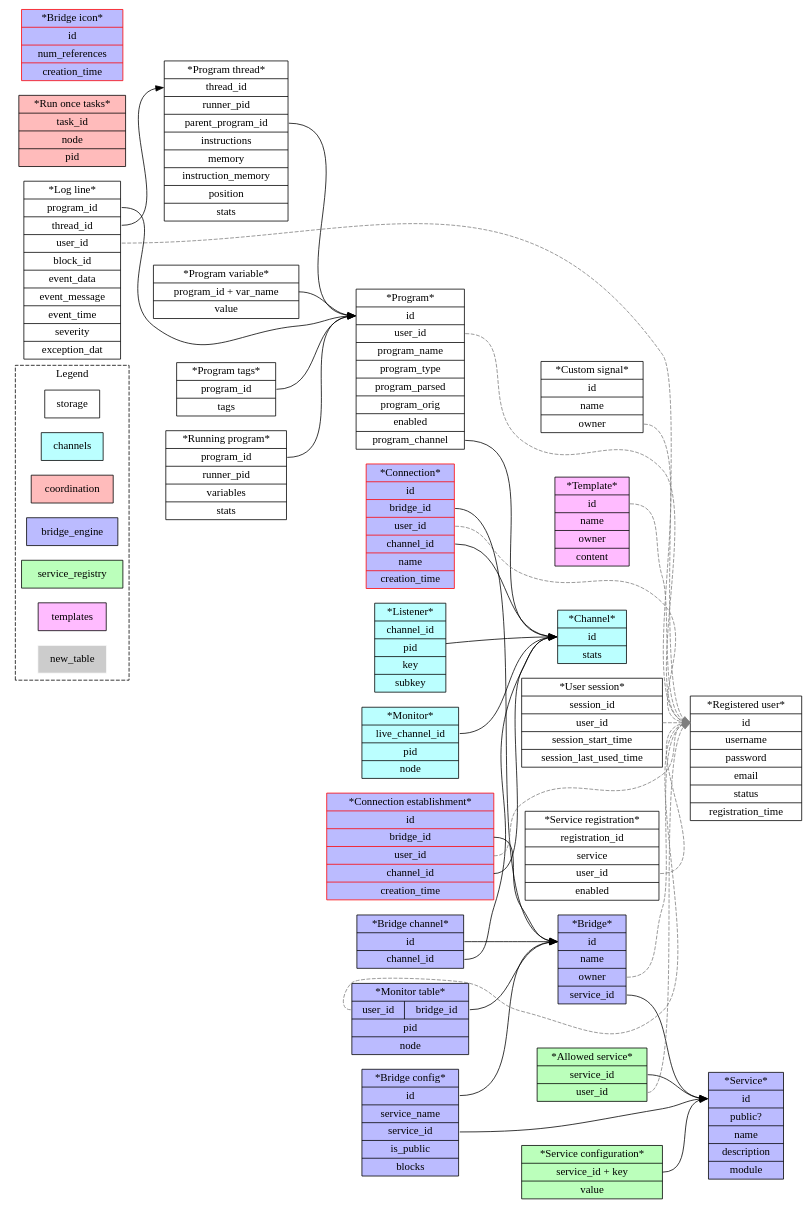
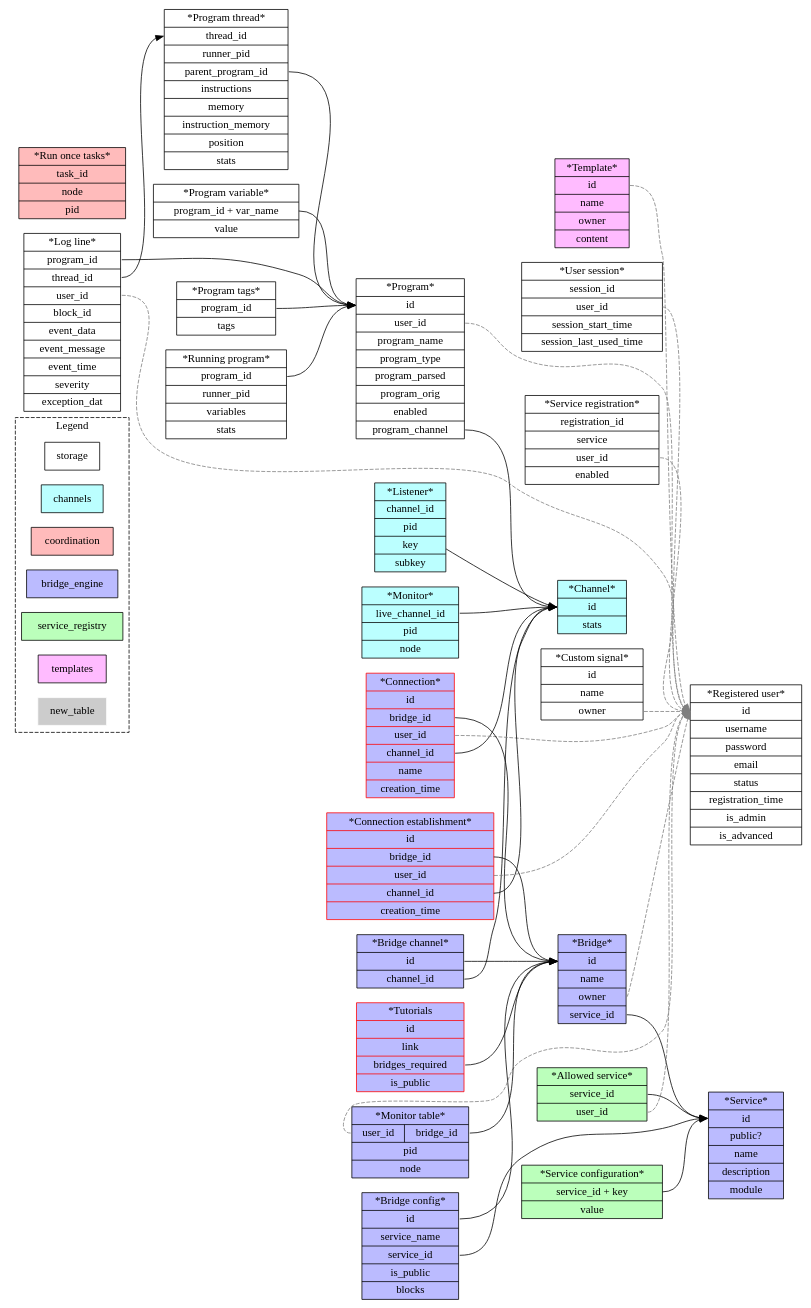
Before and after one commit to programaker-project/Programaker-Core: the diagram in docs/diagrams/db-model.gv, drawn with Graphviz.

Commit message:
Draft DB changes to support tutorials.

```diff
--- a/docs/diagrams/db-model.gv
+++ b/docs/diagrams/db-model.gv
@@ -1,166 +1,168 @@
 digraph g {
   rankdir=LR
   node[shape=record];
   style=dashed;
 
   subgraph cluster_legend {
     label="Legend"
 
     storage;
     channels[style=filled,fillcolor="#bbffff"];
     coordination[style=filled,fillcolor="#ffbbbb"]
     bridge_engine[style=filled,fillcolor="#bbbbff"];
     service_registry[style=filled,fillcolor="#bbffbb"]
     templates[style=filled,fillcolor="#ffbbff"]
 
     new_table[style=filled,fillcolor="#cccccc",color=white]
     // modified_table[shape=octagon] // Not used
   }
 
 
   subgraph group_core_channels {
     label="Channels";
     node[style=filled,fillcolor="#bbffff"];
 
 
     // LIVE_CHANNELS_TABLE | automate_channel_engine_live_channels_table
     live_channels_table_entry[label="*Channel* | <pk> id | stats"];
 
     // LISTENERS_TABLE | automate_channel_engine_listeners_table
     listeners_table_entry[label="*Listener*| <f0> channel_id | pid | key | subkey"];
     listeners_table_entry -> live_channels_table_entry:pk;
 
     // MONITORS_TABLE | automate_channel_engine_monitors_table
     monitors_table_entry[label="*Monitor* | <f0> live_channel_id | pid | node"];
     monitors_table_entry:f0 -> live_channels_table_entry:pk;
   }
 
   subgraph group_core_storage {
     label="Storage";
 
     // REGISTERED_USERS_TABLE | automate_registered_users
-    registered_user_entry[label="*Registered user* | <pk> id | username | password | email | status | registration_time"];
+    registered_user_entry[label="*Registered user* | <pk> id | username | password | email | status | registration_time | is_admin | is_advanced"];
 
     // USER_SESSIONS_TABLE | automate_user_sessions
     user_session_entry[label="*User session* | <pk> session_id | <f0> user_id | session_start_time | session_last_used_time"];
     user_session_entry:f0 -> registered_user_entry:pk[style=dashed,color="#7f7f7f"];
 
     // // USER_MONITORS_TABLE | automate_user_monitors
     // monitor_entry[label="*Monitor entry* | <pk> id | <f0> user_id | type | name | value"];
 
     // monitor_entry:f0 -> registered_user_entry:pk[style=dashed,color="#7f7f7f"];
 
     // USER_PROGRAMS_TABLE | automate_user_programs
     user_program_entry[label="*Program* | <pk> id | <f0> user_id | program_name | program_type | program_parsed | program_orig | enabled | <f1> program_channel"];
     user_program_entry:f0 -> registered_user_entry:pk[style=dashed,color="#7f7f7f"];
     user_program_entry:f1 -> live_channels_table_entry:pk;
 
     // USER_PROGRAMS_LOGS_TABLE | automate_user_program_logs
     user_program_logs_entry[label="*Log line* | <f0> program_id | <f1> thread_id | <f2> user_id | block_id | event_data | event_message | event_time | severity | exception_dat"];
     user_program_logs_entry:f0 -> user_program_entry:pk;
     user_program_logs_entry:f2 -> registered_user_entry:pk[style=dashed,color="#7f7f7f"];
 
     // PROGRAM_TAGS_TABLE | automate_program_tags
     program_tags_entry[label="*Program tags* | <f0> program_id | tags"];
     program_tags_entry:f0 -> user_program_entry:pk;
 
     // RUNNING_PROGRAMS_TABLE | automate_running_programs
     running_program_entry[label="*Running program*| <f0> program_id | runner_pid | variables | stats"];
     running_program_entry:f0 -> user_program_entry:pk;
 
     // RUNNING_THREADS_TABLE | automate_running_program_threads
     running_program_thread_entry[label="*Program thread* | <pk> thread_id | runner_pid | <f0> parent_program_id | instructions | memory | instruction_memory | position | stats"];
     user_program_logs_entry:f1 -> running_program_thread_entry:pk;
     running_program_thread_entry:f0 -> user_program_entry:pk;
 
     // REGISTERED_SERVICES_TABLE | automate_registered_services
     registered_service_entry[label="*Service registration* | <pk> registration_id | <f0> service |  <f1> user_id | enabled"];
     registered_service_entry:f1 -> registered_user_entry:pk[style=dashed,color="#7f7f7f"];
 
     // PROGRAM_VARIABLE_TABLE | automate_program_variable_table
     program_variable_table_entry[label="*Program variable* | <f0> program_id + var_name | value"];
     program_variable_table_entry:f0 -> user_program_entry:pk;  // Not sure if user program or running program
 
     // CUSTOM_SIGNALS_TABLE | automate_custom_signals_table
     custom_signal_entry[label="*Custom signal* | <pk> id | name | <f0> owner"];
     custom_signal_entry:f0 -> registered_user_entry:pk[style=dashed,color="#7f7f7f"];
   }
 
   subgraph group_coordination {
     label="Coordination";
     node[style=filled,fillcolor="#ffbbbb"];
 
     // RUN_ONCE_TASKS_TABLE | automate_coordination_run_once_tasks
     run_once_tasks_table_entry[label="*Run once tasks* | <pk> task_id | node | pid"]
   }
 
   subgraph group_bridges {
     label="Bridge engine";
 
     node[style=filled,fillcolor="#bbbbff"]
 
     // SERVICE_PORT_TABLE | automate_service_port_table
     service_port_entry[label="*Bridge* | <pk> id | name | <f0> owner | <f1> service_id"]
     service_port_entry:f0 -> registered_user_entry:pk[style=dashed,color="#7f7f7f"];
     service_port_entry:f1 -> services_table_entry:pk;
 
     // SERVICE_PORT_CONFIGURATION_TABLE | automate_service_port_configuration_table
     service_port_configuration[label="*Bridge config* | <pk> id | service_name | <f0> service_id | is_public | blocks"]
     service_port_configuration:pk -> service_port_entry:pk;
     service_port_configuration:f0 -> services_table_entry:pk
 
 
     // SERVICE_PORT_CHANNEL_TABLE | automate_service_port_channel_table
     service_port_monitor_channel_entry[label="*Bridge channel* | <pk> id | <f0> channel_id"]
     service_port_monitor_channel_entry:pk -> service_port_entry:pk;
     service_port_monitor_channel_entry:f0 -> live_channels_table_entry:pk;
 
     // SERVICE_PORT_CHANNEL_MONITORS_TABLE | automate_service_port_channel_monitors_table
     channel_monitor_table_entry[label="*Monitor table* | {<f0> user_id|<f1> bridge_id} | pid | node"]
     channel_monitor_table_entry:f0 -> registered_user_entry:pk[style=dashed,color="#7f7f7f"];
     channel_monitor_table_entry:f1 -> service_port_entry:pk
 
 
     connection_entry[color=red,
                      label="*Connection* | <pk> id | <f0> bridge_id | <f1> user_id | <f2> channel_id | name | creation_time"]
     connection_entry:f0 -> service_port_entry:pk
     connection_entry:f1 -> registered_user_entry:pk[style=dashed,color="#7f7f7f"];
     connection_entry:f2 -> live_channels_table_entry:pk
     // Connection data might store data from the bridges
 
     pending_connection_entry[color=red,
                                    label="*Connection establishment* | <pk> id | <f0> bridge_id | <f1> user_id | <f2> channel_id | creation_time"]
     pending_connection_entry:f0 -> service_port_entry:pk
     pending_connection_entry:f1 -> registered_user_entry:pk[style=dashed,color="#7f7f7f"];
     pending_connection_entry:f2 -> live_channels_table_entry:pk
 
-    bridge_icon_entry[color=red,
-                      label="*Bridge icon* | <pk> id | num_references | creation_time"]
+    tutorials[color=red,
+              label="*Tutorials | <pk> id | link | <f0> bridges_required | is_public"]
+    tutorials:f0 -> service_port_entry:pk
+
   }
 
   subgraph group_core_services {
     label="Service registry";
     node[style=filled,fillcolor="#bbffbb"]
 
     // SERVICE_REGISTRY_TABLE | automate_service_registry_services_table
     services_table_entry[label="*Service* | <pk> id | public? | name | description | module"];
 
     // USER_SERVICE_ALLOWANCE_TABLE | automate_service_registry_user_service_allowance_table
     user_service_allowance_entry[label="*Allowed service*| <f0> service_id | <f1> user_id"];
     user_service_allowance_entry:f0 -> services_table_entry:pk;
     user_service_allowance_entry:f1 -> registered_user_entry:pk[style=dashed,color="#7f7f7f"];
 
     // SERVICE_CONFIGURATION_TABLE | automate_service_registry_service_configuration_table
     service_configuration_entry[label="*Service configuration* | <pk> service_id + key | value "];
     service_configuration_entry:pk -> services_table_entry:pk;
   }
 
   subgraph group_core_template_engine {
     label="Template engine"
     node[style=filled,fillcolor="#ffbbff"]
 
     // TEMPLATE_TABLE | automate_template_engine_templates_table
     template_entry[label="*Template* | <pk> id | name | <f0> owner | content"]
     template_entry:pk -> registered_user_entry:pk[style=dashed,color="#7f7f7f"];
   }
 }
```
